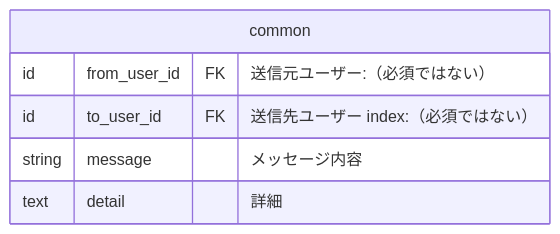
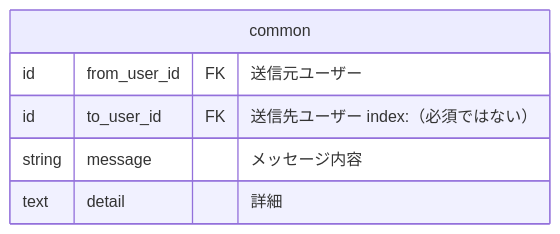
The first of 6 diagrams in docs/conceptual_schemas/notifications.md (bright-org/bright), drawn with Mermaid before and after one commit. The commit also changed other lines of this file, not shown here.

````diff
--- a/docs/conceptual_schemas/notifications.md
+++ b/docs/conceptual_schemas/notifications.md
@@ -7,9 +7,9 @@
 ```mermaid
 erDiagram
   common {
-    id from_user_id	FK "送信元ユーザー:（必須ではない）"
+    id from_user_id	FK "送信元ユーザー"
     id to_user_id	FK "送信先ユーザー index:（必須ではない）"
     string message	"メッセージ内容"
     text detail	"詳細"
   }
 ```
````
